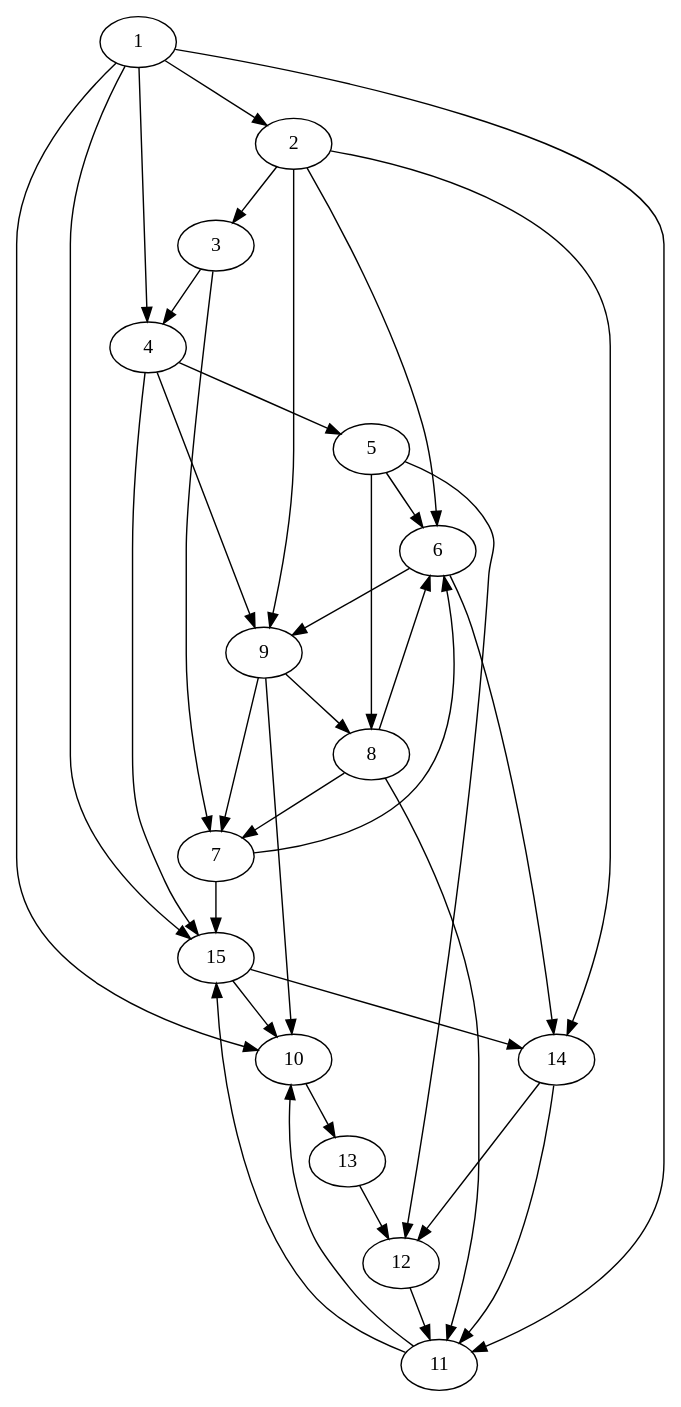
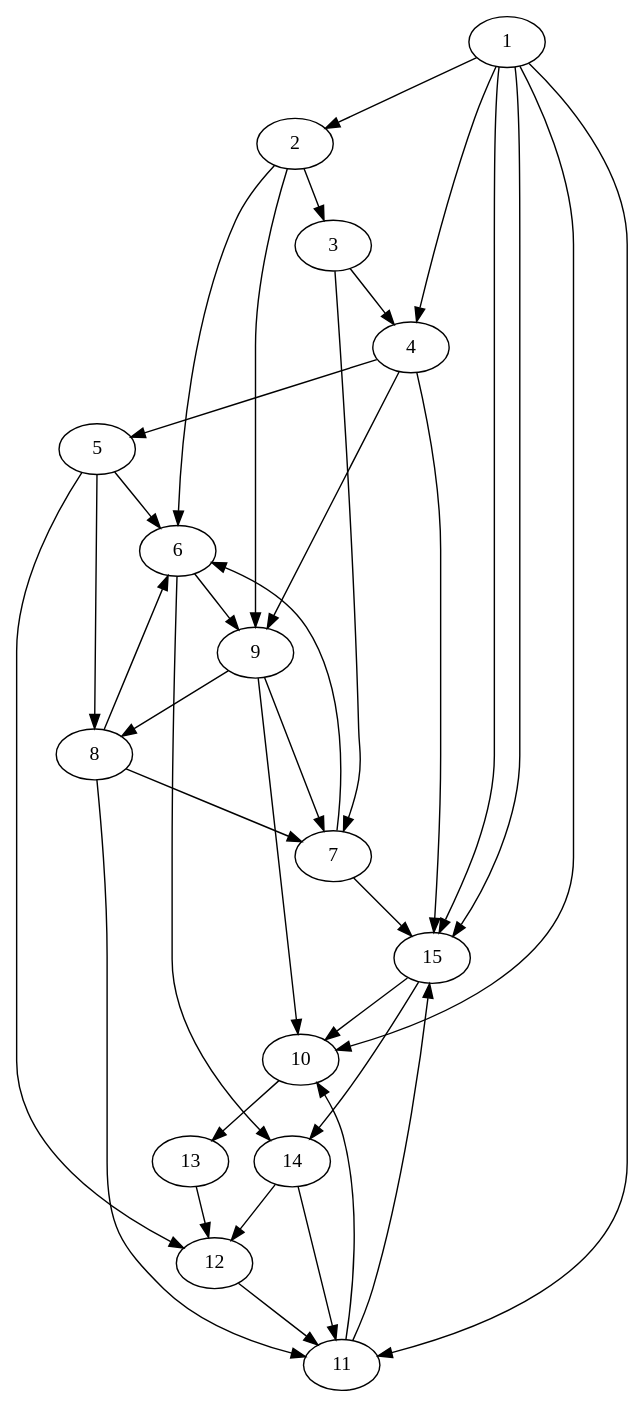
The diagram in L3/graphes/tp1/init.dot (FadedGuy/Universidad), drawn with Graphviz before and after one commit. The commit also changed 1 other file, not shown here.

Commit message:
graphes tp1 finish confirm

```diff
--- a/L3/graphes/tp1/init.dot
+++ b/L3/graphes/tp1/init.dot
@@ -1,53 +1,53 @@
 digraph G {
 0[label=1];
 1[label=2];
 2[label=3];
 3[label=4];
 4[label=5];
 5[label=6];
 6[label=7];
 7[label=8];
 8[label=9];
 9[label=10];
 10[label=11];
 11[label=12];
 12[label=13];
 13[label=14];
 14[label=15];
 0->1 ;
 0->3 ;
 0->9 ;
 0->10 ;
 0->14 ;
+0->14 ;
 1->2 ;
 1->5 ;
 1->8 ;
-1->13 ;
 2->3 ;
 2->6 ;
 3->4 ;
 3->8 ;
 3->14 ;
 4->5 ;
 4->7 ;
 4->11 ;
 5->8 ;
 5->13 ;
 6->5 ;
 6->14 ;
 7->5 ;
 7->6 ;
 7->10 ;
 8->6 ;
 8->7 ;
 8->9 ;
 9->12 ;
 10->9 ;
 10->14 ;
 11->10 ;
 12->11 ;
 13->10 ;
 13->11 ;
 14->9 ;
 14->13 ;
 }
```
